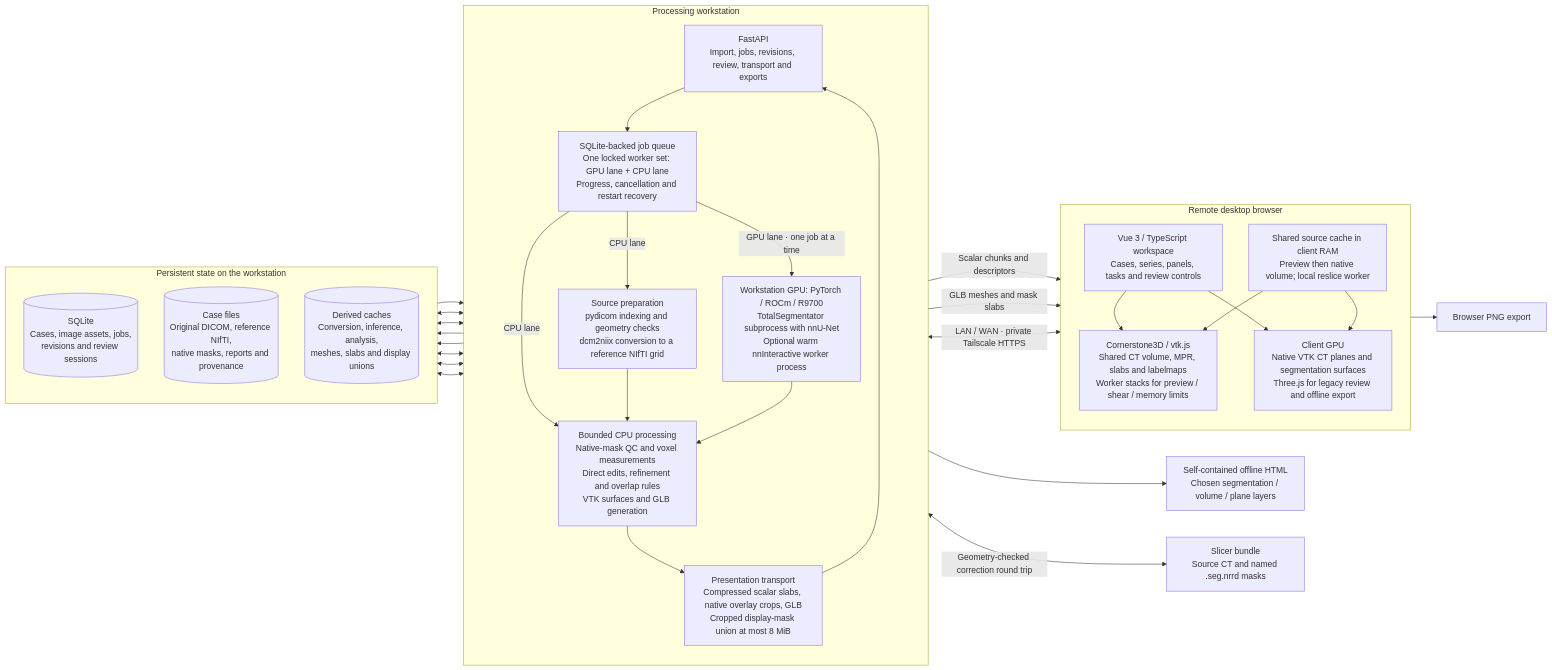
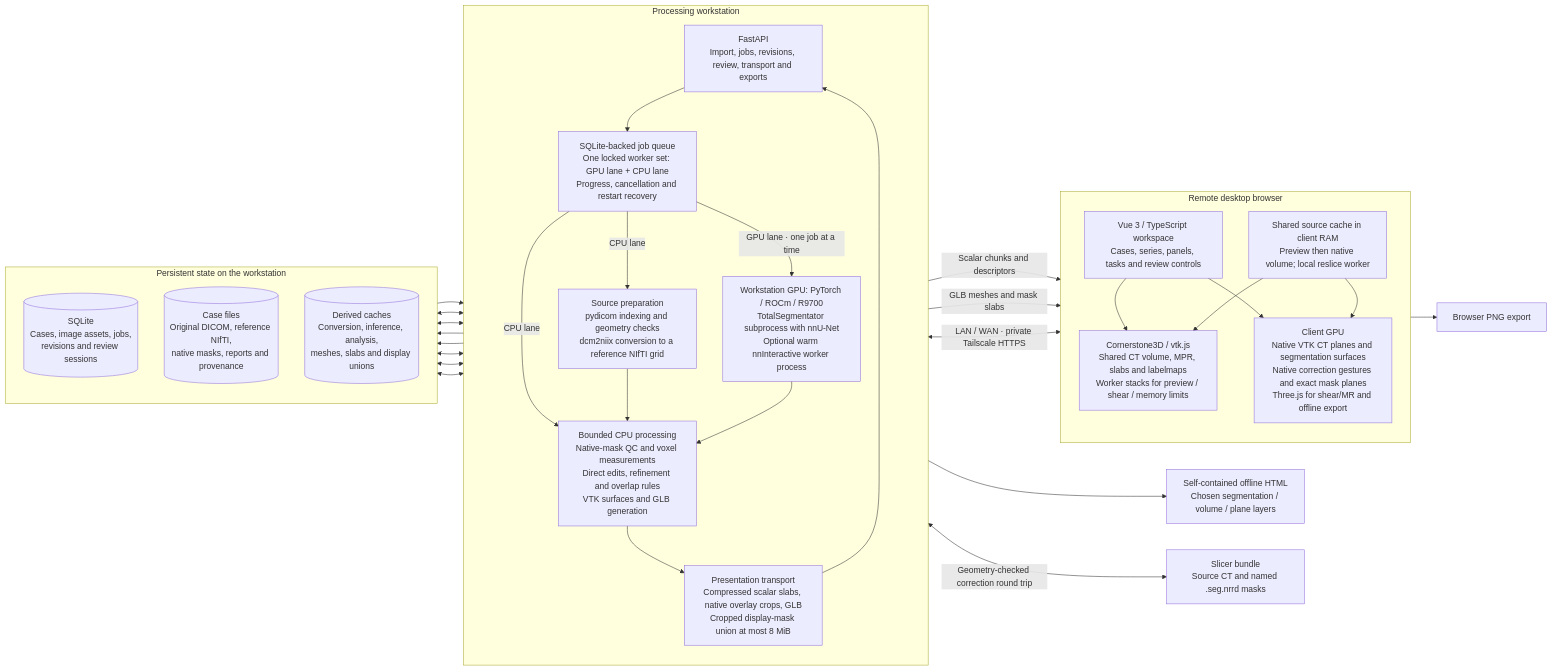
One commit to Truth129/3DScan changed the first of 3 diagrams in docs/ARCHITECTURE.md. Above: the diagram before and after it, drawn with Mermaid. The commit also changed other lines of this file and 5 other files, not shown here.

````diff
--- a/docs/ARCHITECTURE.md
+++ b/docs/ARCHITECTURE.md
@@ -28,55 +28,55 @@
 ```mermaid
 flowchart LR
   subgraph CLIENT["Remote desktop browser"]
     direction TB
     UI["Vue 3 / TypeScript workspace<br/>Cases, series, panels, tasks and review controls"]
     RAM["Shared source cache in client RAM<br/>Preview then native volume; local reslice worker"]
     CT["Cornerstone3D / vtk.js<br/>Shared CT volume, MPR, slabs and labelmaps<br/>Worker stacks for preview / shear / memory limits"]
-    WEBGL["Client GPU<br/>Native VTK CT planes and segmentation surfaces<br/>Three.js for legacy review and offline export"]
+    WEBGL["Client GPU<br/>Native VTK CT planes and segmentation surfaces<br/>Native correction gestures and exact mask planes<br/>Three.js for shear/MR and offline export"]
     UI --> CT
     UI --> WEBGL
     RAM --> CT
     RAM --> WEBGL
   end
 
   subgraph HOST["Processing workstation"]
     direction TB
     API["FastAPI<br/>Import, jobs, revisions, review, transport and exports"]
     QUEUE["SQLite-backed job queue<br/>One locked worker set: GPU lane + CPU lane<br/>Progress, cancellation and restart recovery"]
     PREP["Source preparation<br/>pydicom indexing and geometry checks<br/>dcm2niix conversion to a reference NIfTI grid"]
     GPU["Workstation GPU: PyTorch / ROCm / R9700<br/>TotalSegmentator subprocess with nnU-Net<br/>Optional warm nnInteractive worker process"]
     CPU["Bounded CPU processing<br/>Native-mask QC and voxel measurements<br/>Direct edits, refinement and overlap rules<br/>VTK surfaces and GLB generation"]
     TRANSPORT["Presentation transport<br/>Compressed scalar slabs, native overlay crops, GLB<br/>Cropped display-mask union at most 8 MiB"]
     API --> QUEUE
     QUEUE -->|"CPU lane"| PREP
     QUEUE -->|"GPU lane · one job at a time"| GPU
     QUEUE -->|"CPU lane"| CPU
     PREP --> CPU
     GPU --> CPU
     CPU --> TRANSPORT
     TRANSPORT --> API
   end
 
   subgraph STATE["Persistent state on the workstation"]
     direction TB
     DB[("SQLite<br/>Cases, image assets, jobs,<br/>revisions and review sessions")]
     FILES[("Case files<br/>Original DICOM, reference NIfTI,<br/>native masks, reports and provenance")]
     CACHE[("Derived caches<br/>Conversion, inference, analysis,<br/>meshes, slabs and display unions")]
   end
 
   UI <-->|"LAN / WAN · private Tailscale HTTPS"| API
   API -->|"Scalar chunks and descriptors"| RAM
   API -->|"GLB meshes and mask slabs"| WEBGL
   API <--> DB
   QUEUE <--> DB
   PREP --> FILES
   CPU --> FILES
   FILES --> TRANSPORT
   CPU <--> CACHE
   GPU <--> CACHE
   TRANSPORT <--> CACHE
 
   API --> HTML["Self-contained offline HTML<br/>Chosen segmentation / volume / plane layers"]
   API <-->|"Geometry-checked correction round trip"| SLICER["Slicer bundle<br/>Source CT and named .seg.nrrd masks"]
   WEBGL --> PNG["Browser PNG export"]
 ```
````
